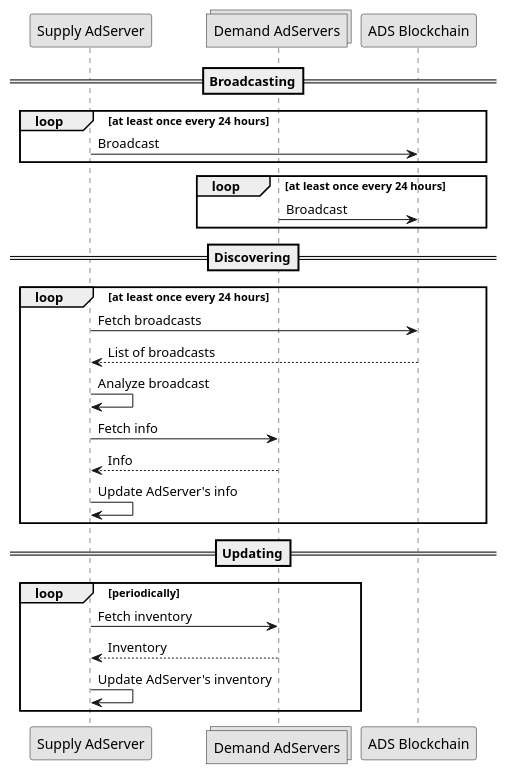
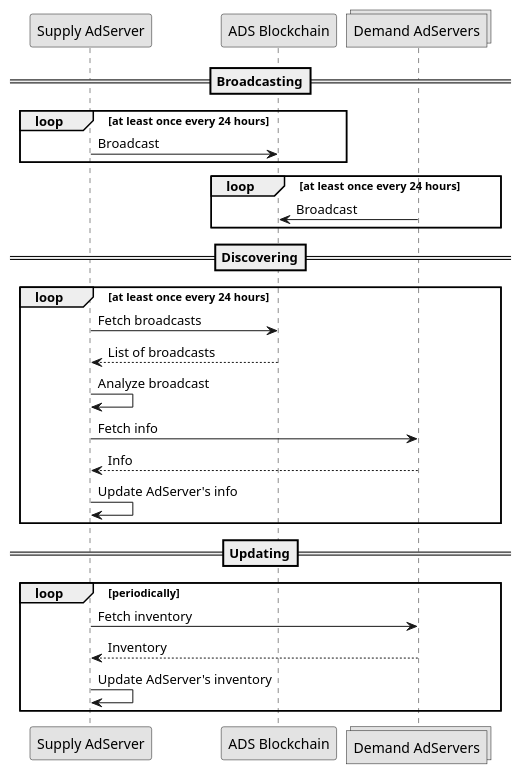
One commit to adshares/adshares-docs changed the diagram in protocol/synchronization/index.rst. Above: the diagram before and after it, drawn with PlantUML. The commit also changed other lines of this file and 5 other files, not shown here.

```diff
--- a/protocol/synchronization/index.rst
+++ b/protocol/synchronization/index.rst
@@ -14,37 +10,37 @@
 .. uml::
     :align: center
 
     skinparam monochrome true
 
     participant "Supply AdServer"   as supplyServer
+    participant "ADS Blockchain"    as blockchain
     collections "Demand AdServers"  as demandServer
-    participant "ADS Blockchain"    as blockchain
 
     ==Broadcasting==
 
     loop at least once every 24 hours
         supplyServer -> blockchain: Broadcast
     end
 
     loop at least once every 24 hours
         demandServer -> blockchain: Broadcast
     end
 
     ==Discovering==
 
     loop at least once every 24 hours
         supplyServer -> blockchain: Fetch broadcasts
         blockchain --> supplyServer: List of broadcasts
         supplyServer -> supplyServer: Analyze broadcast
         supplyServer -> demandServer: Fetch info
         demandServer --> supplyServer: Info
         supplyServer -> supplyServer: Update AdServer's info
     end
 
     ==Updating==
 
     loop periodically
         supplyServer -> demandServer : Fetch inventory
         demandServer --> supplyServer: Inventory
         supplyServer -> supplyServer: Update AdServer's inventory
     end
```
